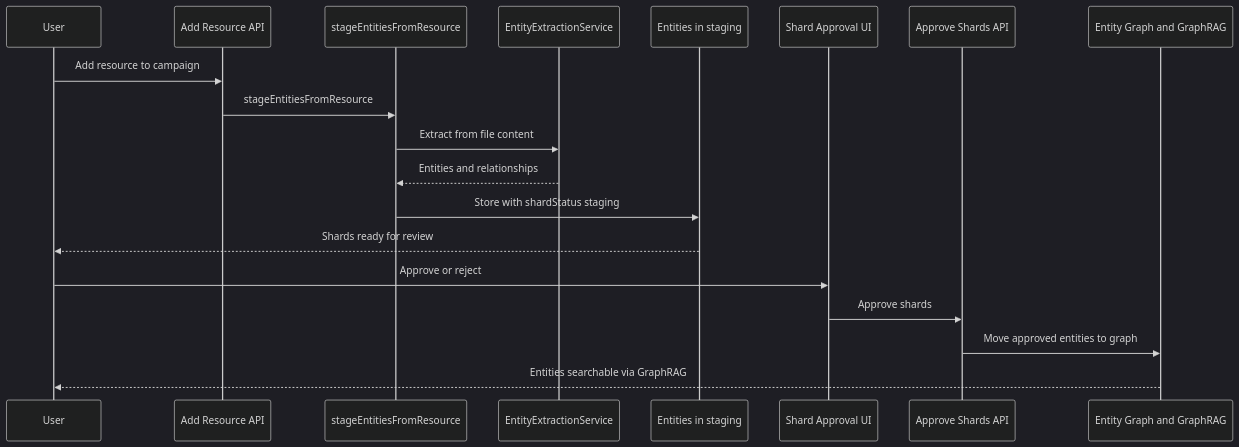
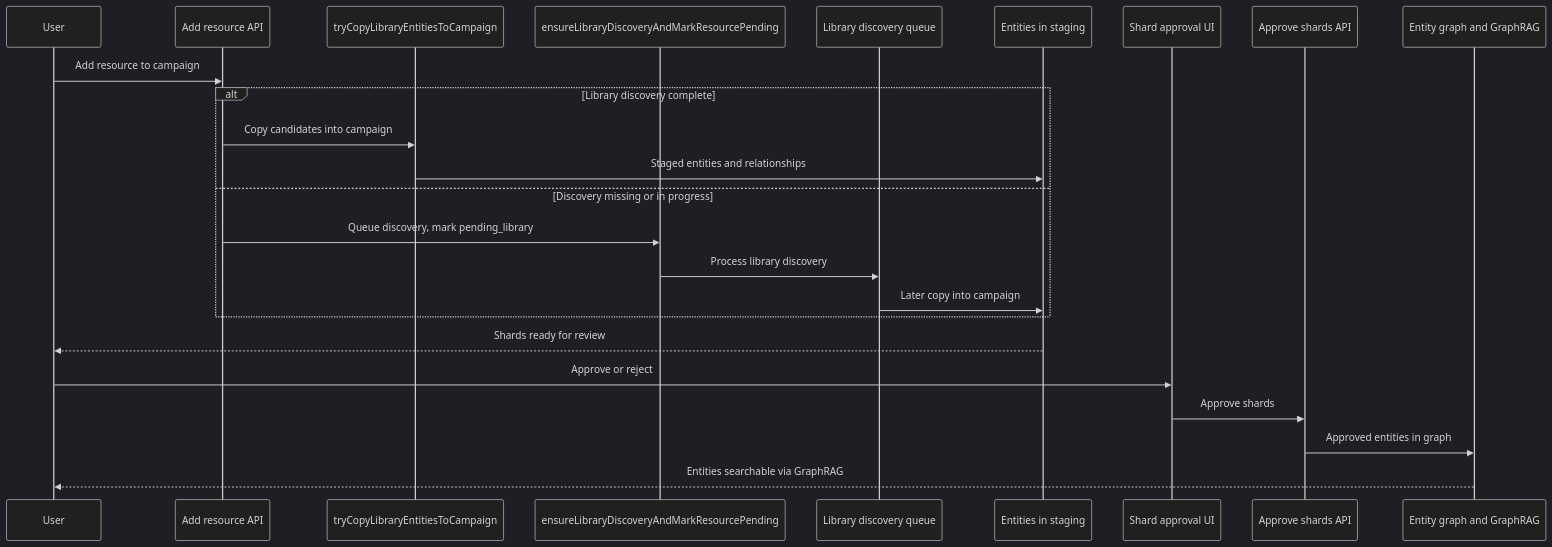
Before and after one commit to ofisk/loresmith-ai: the second of 4 diagrams in docs/GRAPHRAG_INTEGRATION.md, drawn with Mermaid (dark theme). The commit also changed other lines of this file and 165 other files, not shown here.

````diff
--- a/docs/GRAPHRAG_INTEGRATION.md
+++ b/docs/GRAPHRAG_INTEGRATION.md
@@ -81,22 +80,27 @@
 ```mermaid
 sequenceDiagram
     participant User
-    participant API as Add Resource API
-    participant stage as stageEntitiesFromResource
-    participant Extraction as EntityExtractionService
+    participant API as Add resource API
+    participant Copy as tryCopyLibraryEntitiesToCampaign
+    participant Pending as ensureLibraryDiscoveryAndMarkResourcePending
+    participant Queue as Library discovery queue
     participant Staging as Entities in staging
-    participant ShardUI as Shard Approval UI
-    participant ApproveAPI as Approve Shards API
-    participant Graph as Entity Graph and GraphRAG
+    participant ShardUI as Shard approval UI
+    participant ApproveAPI as Approve shards API
+    participant Graph as Entity graph and GraphRAG
 
     User->>API: Add resource to campaign
-    API->>stage: stageEntitiesFromResource
-    stage->>Extraction: Extract from file content
-    Extraction-->>stage: Entities and relationships
-    stage->>Staging: Store with shardStatus staging
+    alt Library discovery complete
+        API->>Copy: Copy candidates into campaign
+        Copy->>Staging: Staged entities and relationships
+    else Discovery missing or in progress
+        API->>Pending: Queue discovery, mark pending_library
+        Pending->>Queue: Process library discovery
+        Queue->>Staging: Later copy into campaign
+    end
     Staging-->>User: Shards ready for review
     User->>ShardUI: Approve or reject
     ShardUI->>ApproveAPI: Approve shards
-    ApproveAPI->>Graph: Move approved entities to graph
+    ApproveAPI->>Graph: Approved entities in graph
     Graph-->>User: Entities searchable via GraphRAG
 ```
````
